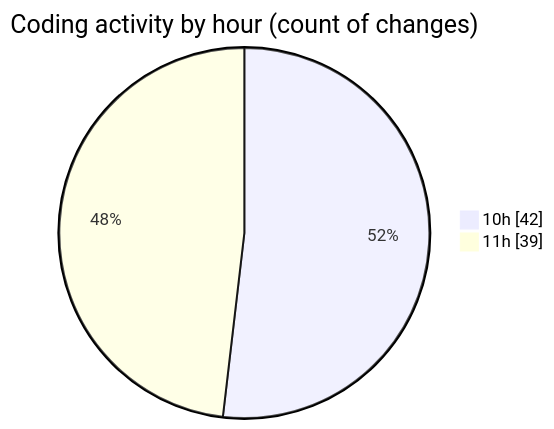
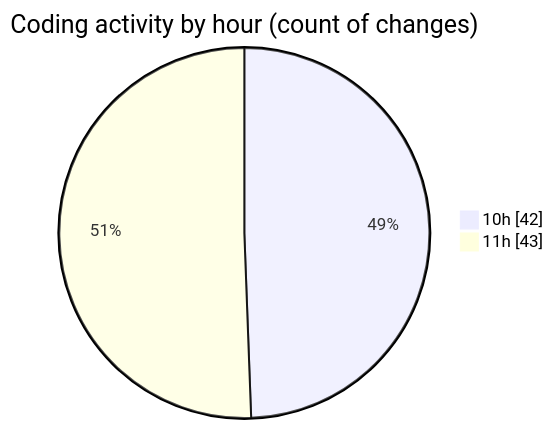
Before and after one commit to CELIANVF/code-tracking: the second of 2 diagrams in 2025-05-15/ecodeli-1/README.md, drawn with Mermaid. The commit also changed other lines of this file and 1 other file, not shown here.

````diff
--- a/2025-05-15/ecodeli-1/README.md
+++ b/2025-05-15/ecodeli-1/README.md
@@ -56,6 +57,6 @@
 ```mermaid
 pie showData
 title Coding activity by hour (count of changes)
 "10h" : 42
-"11h" : 39
+"11h" : 43
 ```
````
